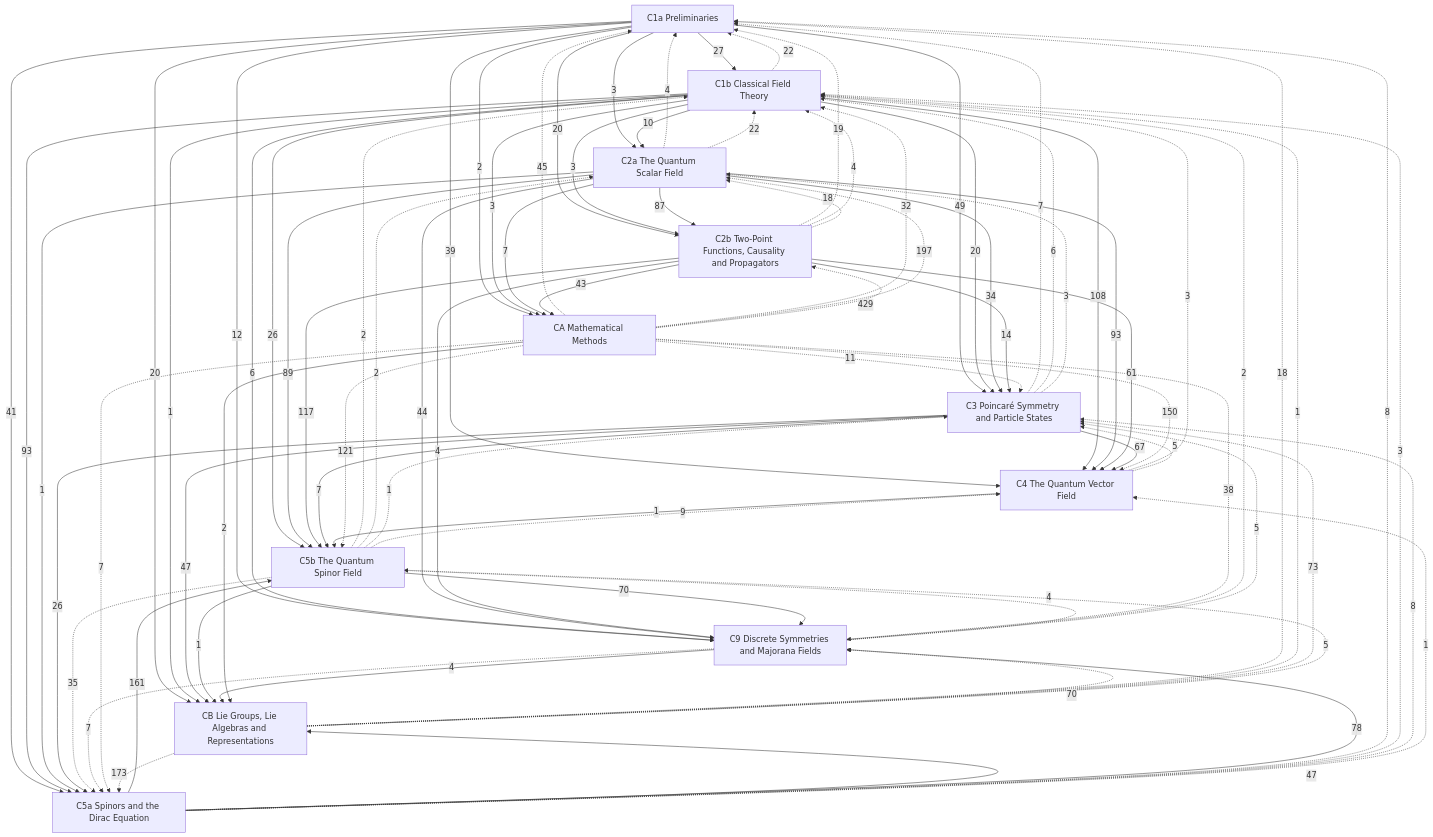
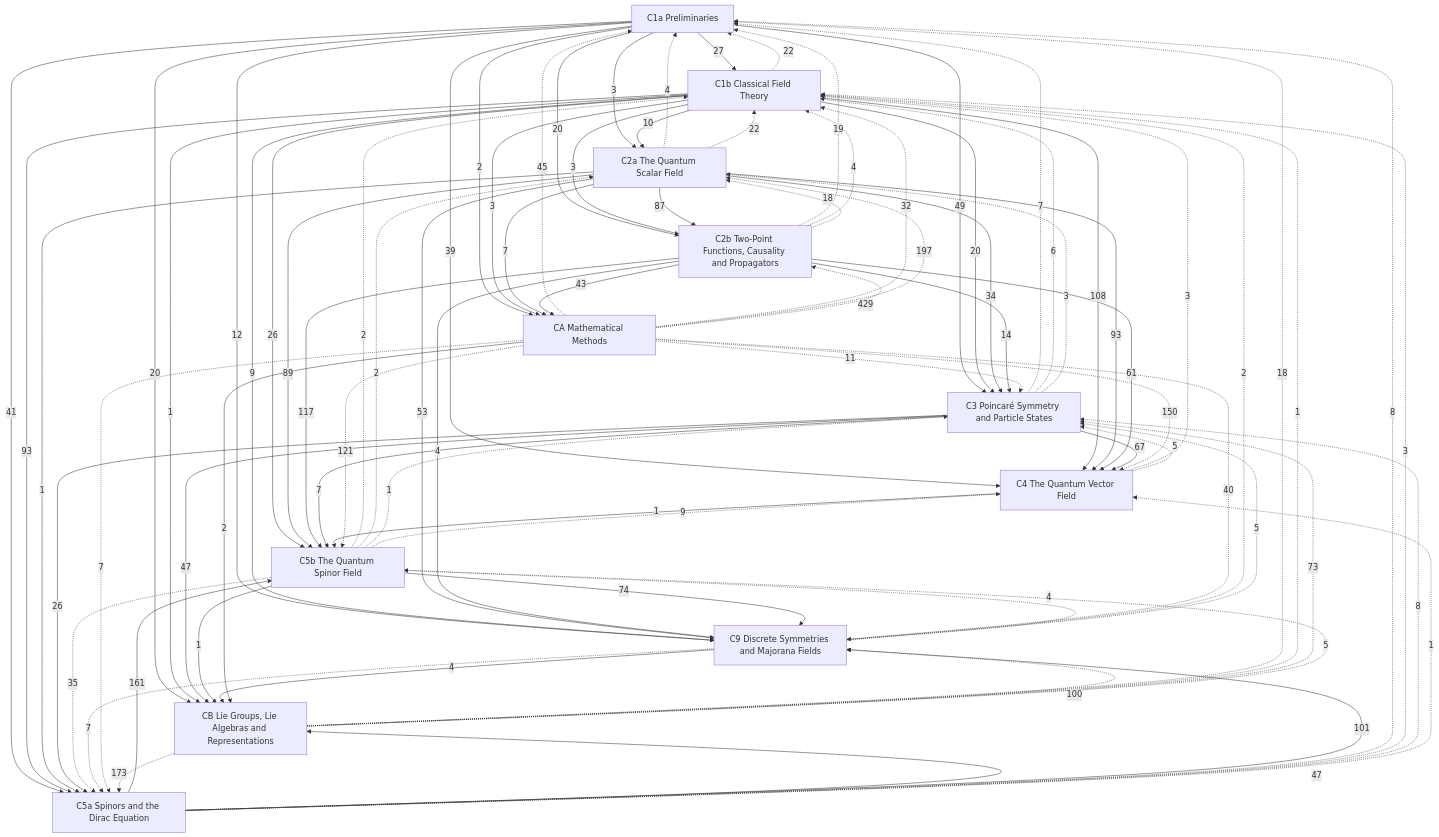
Before and after one commit to Onion20040508/notes: the diagram in Physics/Quantum Field Theory/Quantum Field Theory.md, drawn with Mermaid. The commit also changed 63 other files, not shown here.

````diff
--- a/Physics/Quantum Field Theory/Quantum Field Theory.md
+++ b/Physics/Quantum Field Theory/Quantum Field Theory.md
@@ -66,11 +66,11 @@
   C4 -->|1| C5b
   C5a -->|161| C5b
   C1a -->|12| C9
-  C1b -->|6| C9
-  C2a -->|44| C9
+  C1b -->|9| C9
+  C2a -->|53| C9
   C2b -->|4| C9
-  C5a -->|78| C9
-  C5b -->|70| C9
+  C5a -->|101| C9
+  C5b -->|74| C9
   C1a -->|2| CA
   C1b -->|3| CA
   C2a -->|7| CA
@@ -119,6 +119,6 @@
   C9 -.->|4| C5b
   CA -.->|121| C5b
   CB -.->|5| C5b
-  CA -.->|38| C9
-  CB -.->|70| C9
+  CA -.->|40| C9
+  CB -.->|100| C9
 ```
````
